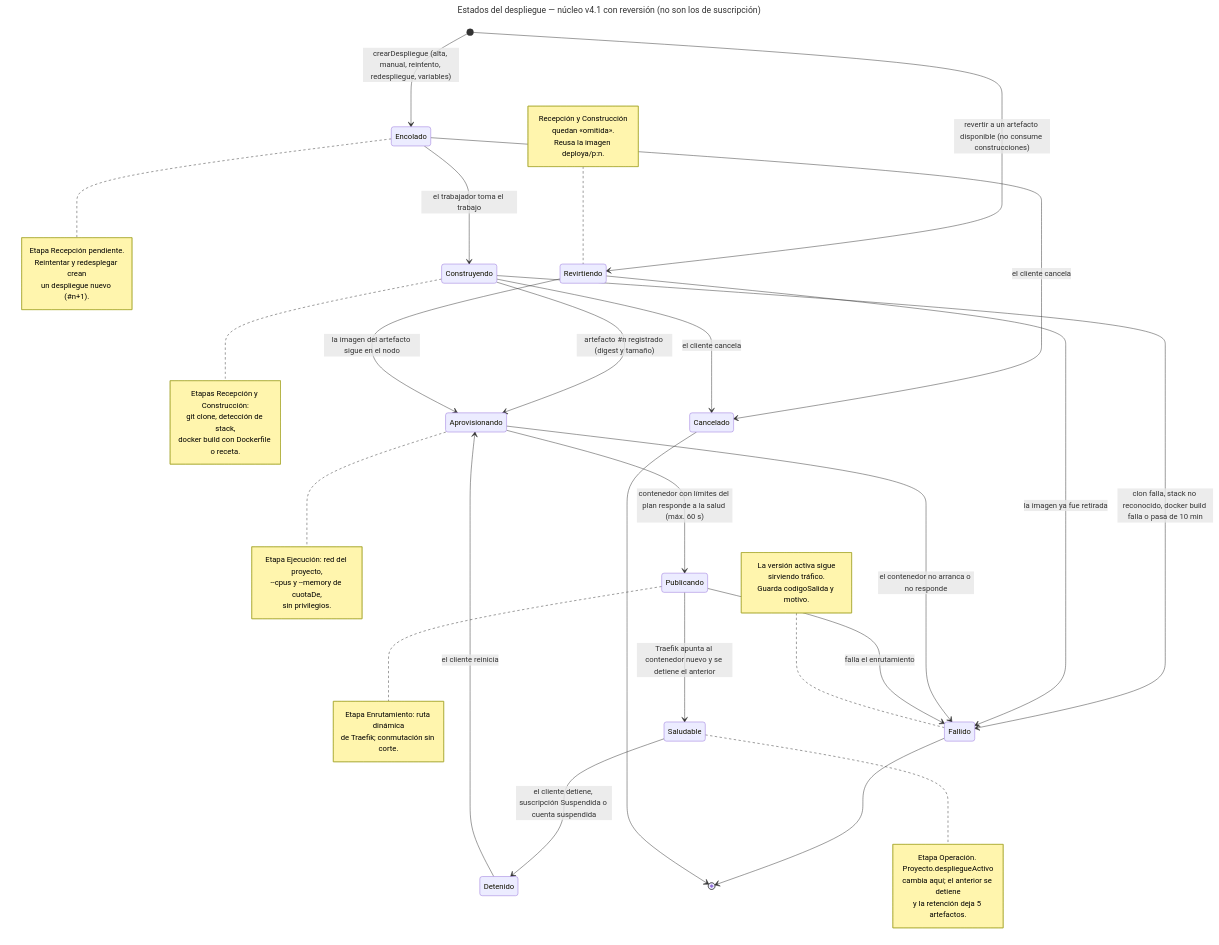
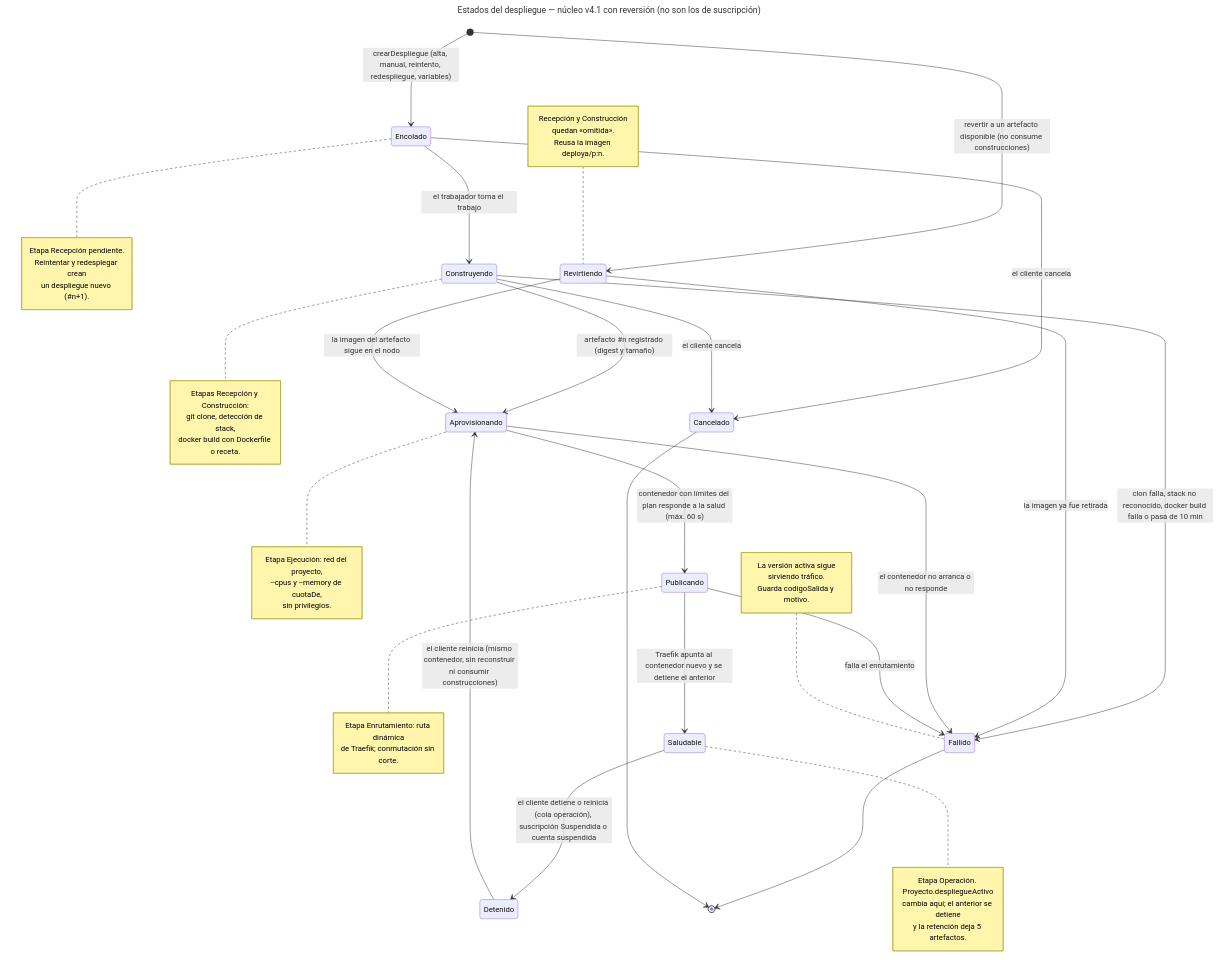
One commit to derekCmorales/deploya changed the diagram in docs/diagramas/m1-m10/m4-m5-m6-estados-despliegue.mmd. Above: the diagram before and after it, drawn with Mermaid. The commit also changed 41 other files, not shown here.

First line of the commit message:
feat(m5): reiniciar, detener y eliminar por la cola de operación (M5-02, cierre de M6-01)

```diff
--- a/docs/diagramas/m1-m10/m4-m5-m6-estados-despliegue.mmd
+++ b/docs/diagramas/m1-m10/m4-m5-m6-estados-despliegue.mmd
@@ -1,62 +1,62 @@
 ---
 title: Estados del despliegue — núcleo v4.1 con reversión (no son los de suscripción)
 ---
 stateDiagram-v2
     [*] --> Encolado : crearDespliegue (alta, manual, reintento, redespliegue, variables)
     [*] --> Revirtiendo : revertir a un artefacto disponible (no consume construcciones)
 
     Encolado --> Construyendo : el trabajador toma el trabajo
     Encolado --> Cancelado : el cliente cancela
     Construyendo --> Aprovisionando : artefacto #n registrado (digest y tamaño)
     Construyendo --> Fallido : clon falla, stack no reconocido, docker build falla o pasa de 10 min
     Construyendo --> Cancelado : el cliente cancela
 
     Revirtiendo --> Aprovisionando : la imagen del artefacto sigue en el nodo
     Revirtiendo --> Fallido : la imagen ya fue retirada
 
     Aprovisionando --> Publicando : contenedor con límites del plan responde a la salud (máx. 60 s)
     Aprovisionando --> Fallido : el contenedor no arranca o no responde
 
     Publicando --> Saludable : Traefik apunta al contenedor nuevo y se detiene el anterior
     Publicando --> Fallido : falla el enrutamiento
 
-    Saludable --> Detenido : el cliente detiene, suscripción Suspendida o cuenta suspendida
-    Detenido --> Aprovisionando : el cliente reinicia
+    Saludable --> Detenido : el cliente detiene o reinicia (cola operación), suscripción Suspendida o cuenta suspendida
+    Detenido --> Aprovisionando : el cliente reinicia (mismo contenedor, sin reconstruir ni consumir construcciones)
 
     Fallido --> [*]
     Cancelado --> [*]
 
     note right of Encolado
         Etapa Recepción pendiente.
         Reintentar y redesplegar crean
         un despliegue nuevo (#n+1).
     end note
     note right of Construyendo
         Etapas Recepción y Construcción:
         git clone, detección de stack,
         docker build con Dockerfile o receta.
     end note
     note left of Revirtiendo
         Recepción y Construcción
         quedan «omitida».
         Reusa la imagen deploya/p:n.
     end note
     note right of Aprovisionando
         Etapa Ejecución: red del proyecto,
         --cpus y --memory de cuotaDe,
         sin privilegios.
     end note
     note right of Publicando
         Etapa Enrutamiento: ruta dinámica
         de Traefik; conmutación sin corte.
     end note
     note right of Saludable
         Etapa Operación. Proyecto.despliegueActivo
         cambia aquí; el anterior se detiene
         y la retención deja 5 artefactos.
     end note
     note left of Fallido
         La versión activa sigue
         sirviendo tráfico.
         Guarda codigoSalida y motivo.
     end note
```
